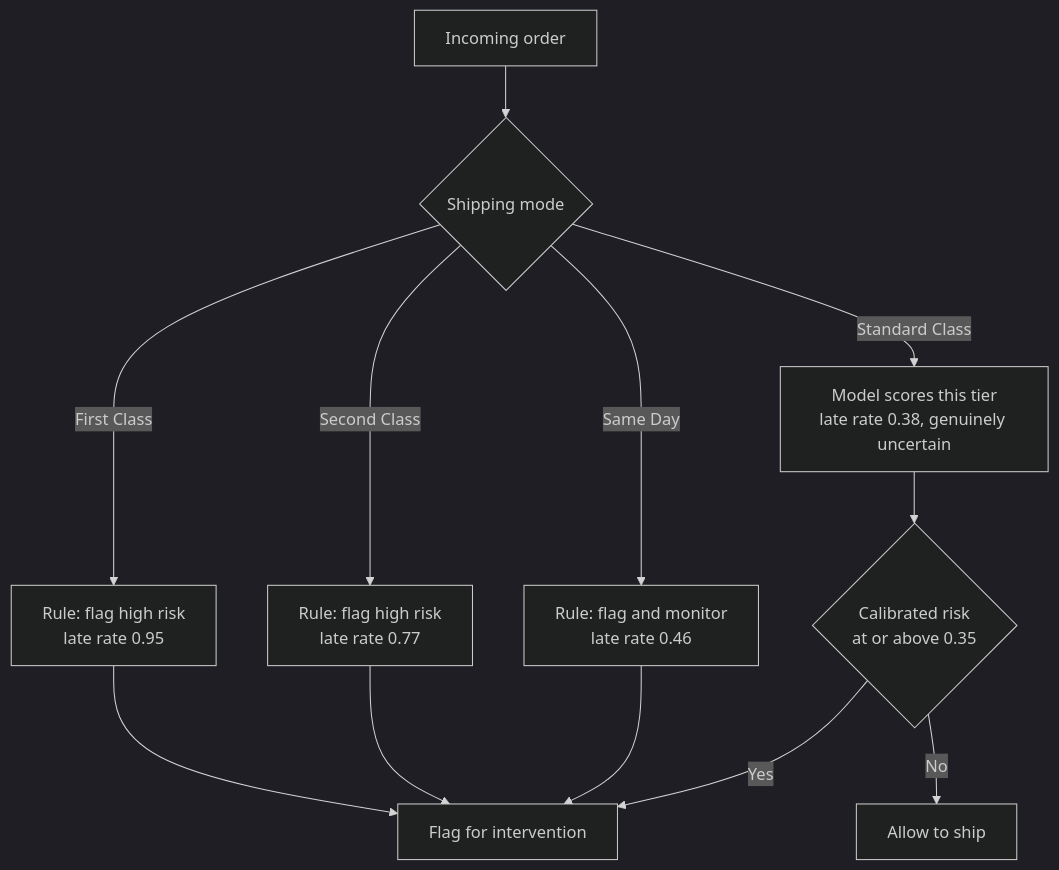
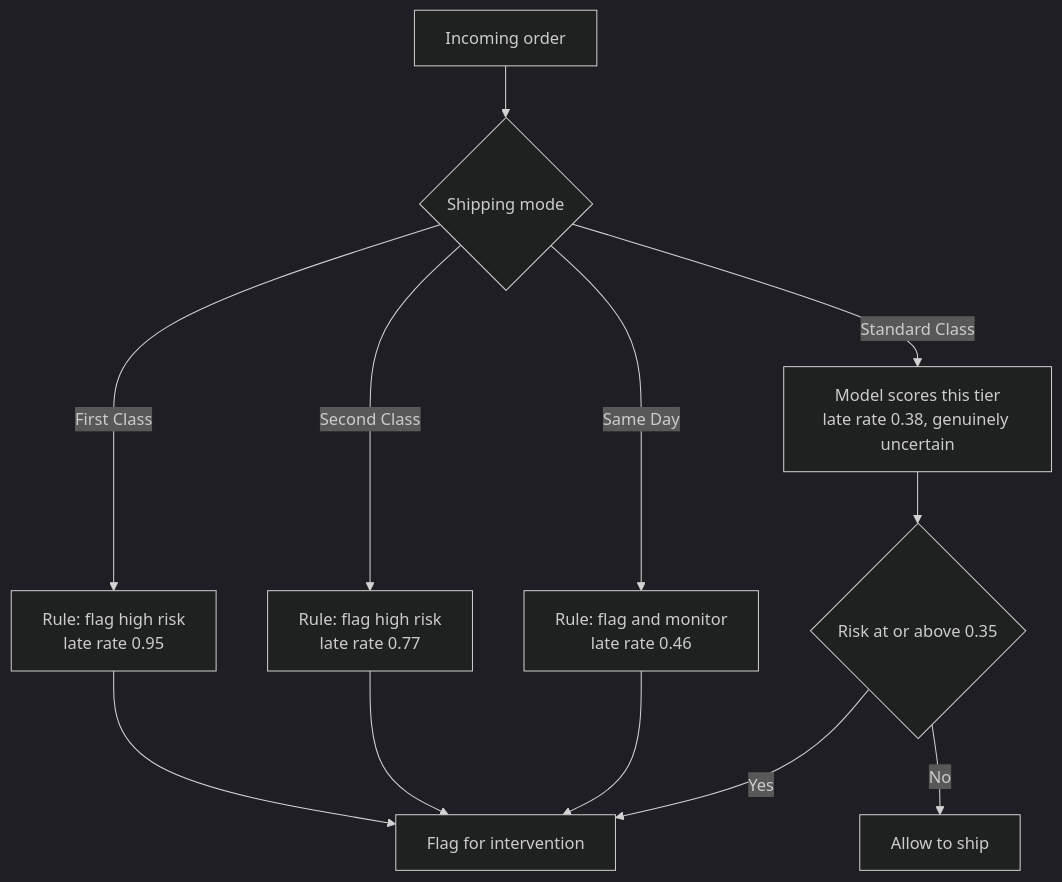
One commit to tirthjoship/late-delivery changed the second of 3 diagrams in README.md. Above: the diagram before and after it, drawn with Mermaid (dark theme). The commit also changed other lines of this file and 16 other files, not shown here.

````diff
--- a/README.md
+++ b/README.md
@@ -97,14 +98,14 @@
 ```mermaid
 flowchart TD
     O[Incoming order] --> Q{Shipping mode}
     Q -->|First Class| R1[Rule: flag high risk<br/>late rate 0.95]
     Q -->|Second Class| R2[Rule: flag high risk<br/>late rate 0.77]
     Q -->|Same Day| R3[Rule: flag and monitor<br/>late rate 0.46]
     Q -->|Standard Class| MOD[Model scores this tier<br/>late rate 0.38, genuinely uncertain]
-    MOD --> T{Calibrated risk<br/>at or above 0.35}
+    MOD --> T{Risk at or above 0.35}
     T -->|Yes| FLAG[Flag for intervention]
     T -->|No| OK[Allow to ship]
     R1 --> FLAG
     R2 --> FLAG
     R3 --> FLAG
 ```
````
